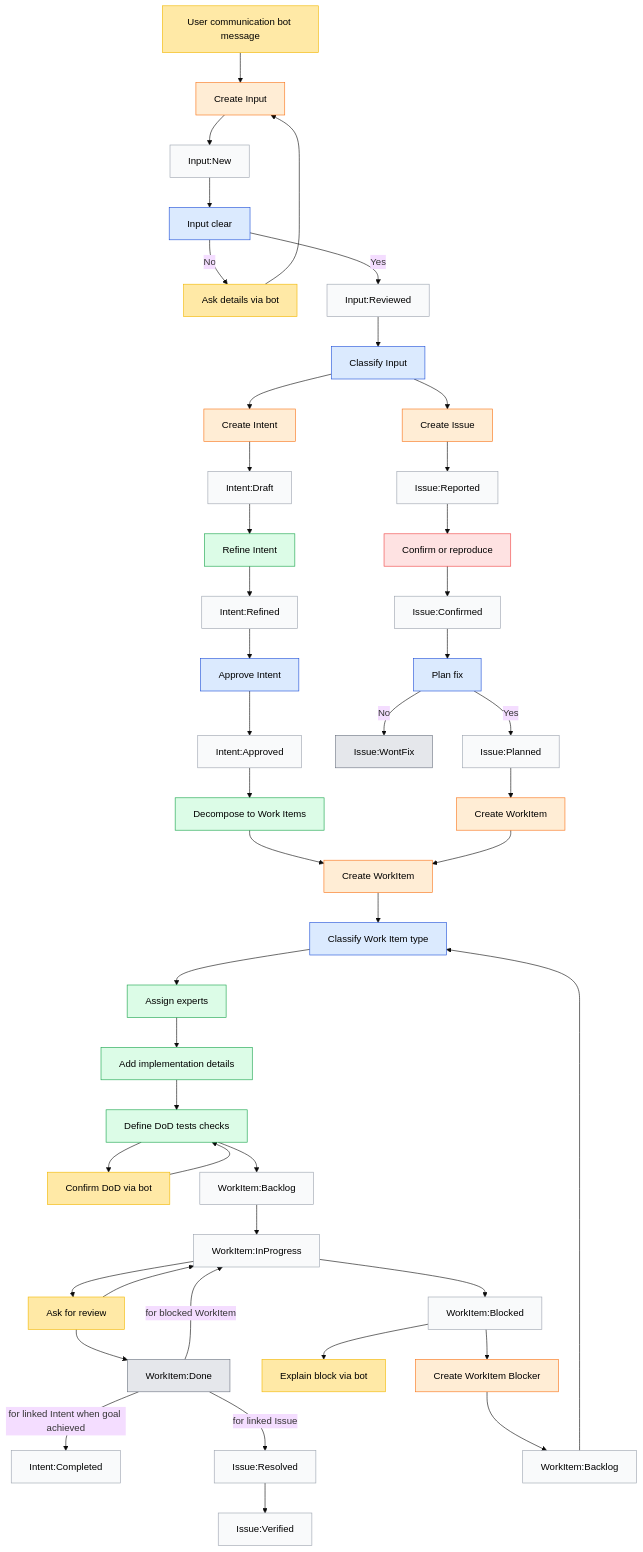
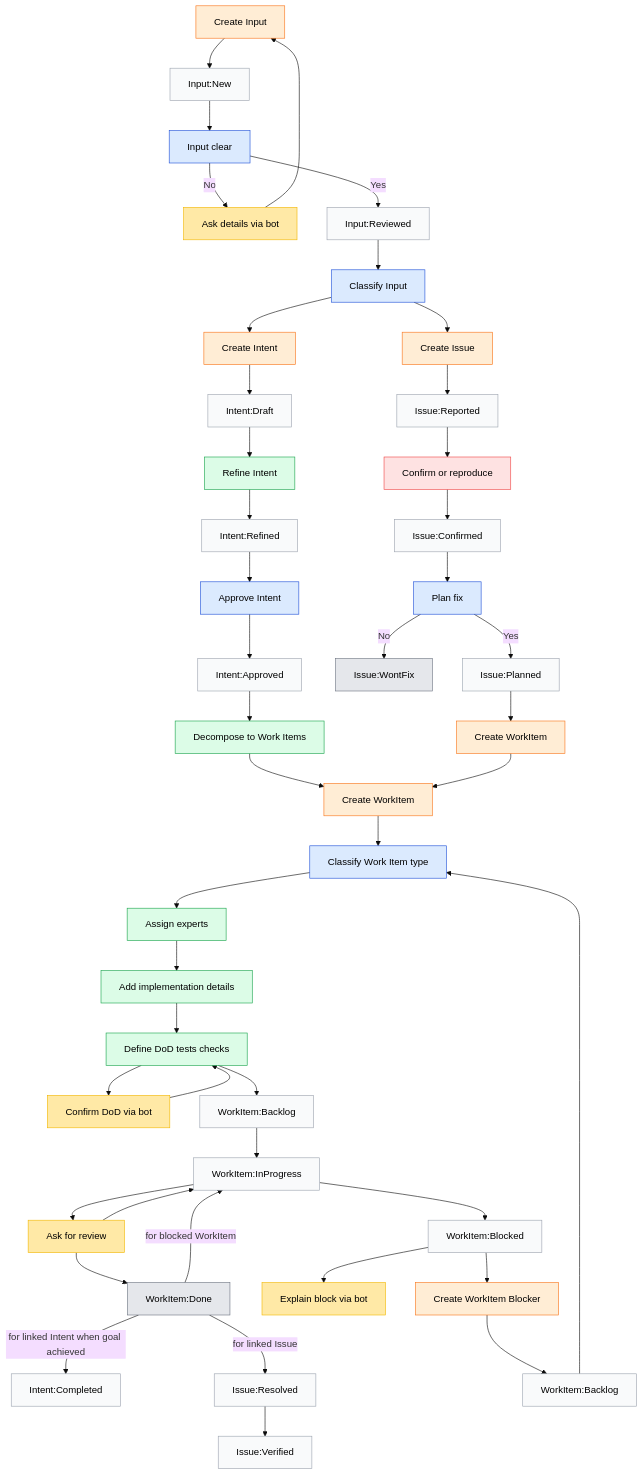
The diagram in plugins/crunch/data/abstract/task-management.md (gutnikov/claude-plugins), drawn with Mermaid (base theme) before and after one commit.

Commit message:
fix(data): Remove initial bot message block from task-management diagram
The "User communication bot message" initial trigger block was removed
from the workflow diagram. Input creation is now the starting point.

```diff
--- a/plugins/crunch/data/abstract/task-management.md
+++ b/plugins/crunch/data/abstract/task-management.md
@@ -206,7 +206,6 @@
   classDef status fill:#f9fafb,stroke:#9ca3af,stroke-width:1px,color:#000;
 
   %% INPUT
-  B0[User communication bot message]:::bot
   I[Create Input]:::created
   I_NEW[Input:New]:::status
   C0[Input clear]:::decision
@@ -214,7 +213,6 @@
   I_REVIEWED[Input:Reviewed]:::status
   CL[Classify Input]:::decision
 
-  B0 --> I
   I --> I_NEW
   I_NEW --> C0
   C0 -- No --> B1
```
